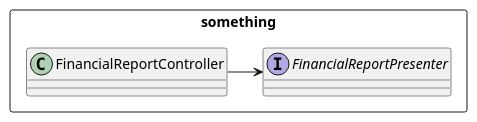
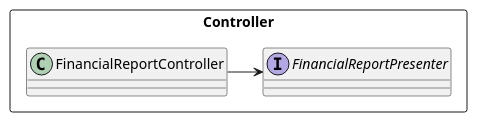
One commit to huland/logseq-notes changed the third of 3 diagrams in pages/Robert C. Martin - Clean Architecture A Craftsman's Guide to Software Structure and Design.md. Above: the diagram before and after it, drawn with PlantUML.

Commit message:
[logseq-plugin-git:commit] 2023-08-10T23:05:34.754Z

```diff
--- a/pages/Robert C. Martin - Clean Architecture A Craftsman's Guide to Software Structure and Design.md
+++ b/pages/Robert C. Martin - Clean Architecture A Craftsman's Guide to Software Structure and Design.md
@@ -204,9 +204,9 @@
 				  @startuml
-				  rectangle something {
+				  rectangle Controller {
 				    class FinancialReportController 
 				    interface FinancialReportPresenter
 				  }
 				  
 				  
 				  FinancialReportController -> FinancialReportPresenter
 				  @enduml
```
